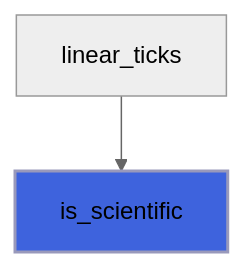
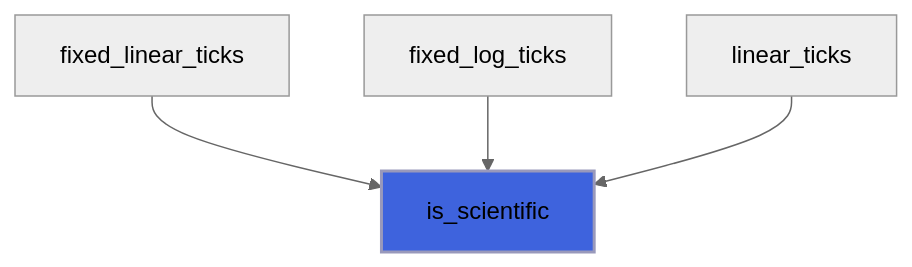
Diagram 16 of 16 in docs/api/src/lib/foresight_ticks.md (szaghi/foresight), drawn with Mermaid (neutral theme) before and after one commit. The commit also changed other lines of this file and 42 other files, not shown here.

````diff
--- a/docs/api/src/lib/foresight_ticks.md
+++ b/docs/api/src/lib/foresight_ticks.md
@@ -240,5 +573,7 @@
 ```mermaid
 flowchart TD
+  fixed_linear_ticks["fixed_linear_ticks"] --> is_scientific["is_scientific"]
+  fixed_log_ticks["fixed_log_ticks"] --> is_scientific["is_scientific"]
   linear_ticks["linear_ticks"] --> is_scientific["is_scientific"]
   style is_scientific fill:#3e63dd,stroke:#99b,stroke-width:2px
 ```
````
